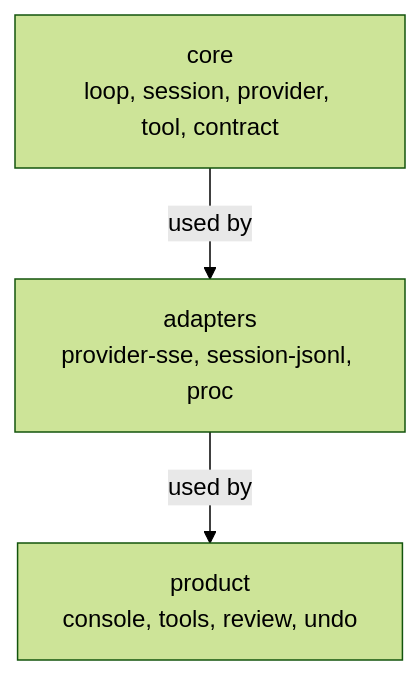
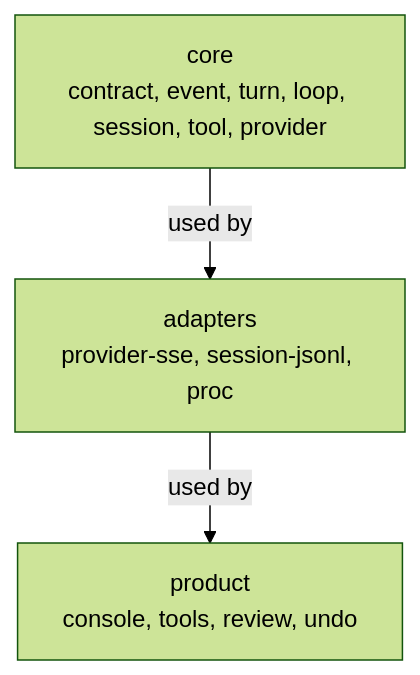
One commit to OverbearingPearl/pearl changed the first of 3 diagrams in docs/architecture.md. Above: the diagram before and after it, drawn with Mermaid (forest theme). The commit also changed other lines of this file and 5 other files, not shown here.

````diff
--- a/docs/architecture.md
+++ b/docs/architecture.md
@@ -53,7 +54,7 @@
 ```mermaid
 flowchart TB
-  core["core<br/>loop, session, provider, tool, contract"]
+  core["core<br/>contract, event, turn, loop, session, tool, provider"]
   adapters["adapters<br/>provider-sse, session-jsonl, proc"]
   product["product<br/>console, tools, review, undo"]
   core -->|used by| adapters -->|used by| product
 ```
````
